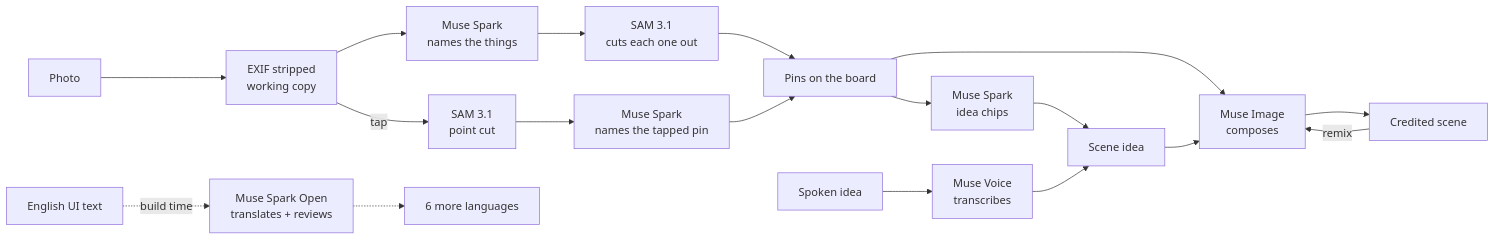
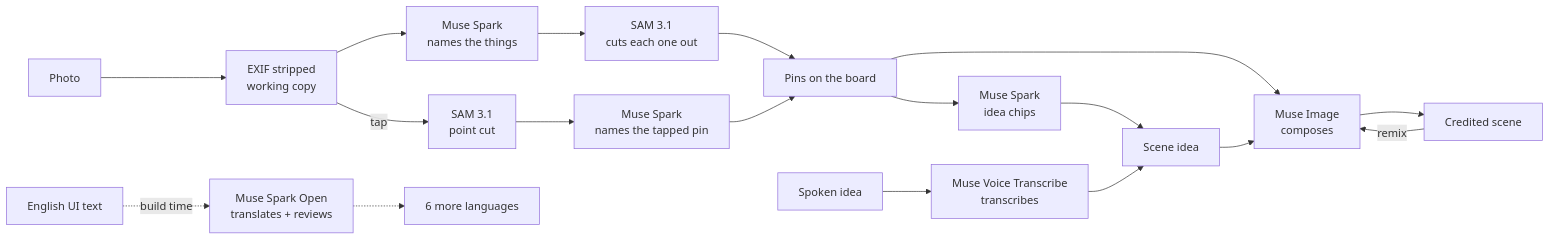
One commit to MoriaCrew/Pinned changed the first of 2 diagrams in README.md. Above: the diagram before and after it, drawn with Mermaid. The commit also changed other lines of this file and 128 other files, not shown here.

````diff
--- a/README.md
+++ b/README.md
@@ -66,20 +66,20 @@
 ```mermaid
 flowchart LR
   photo["Photo"] --> strip["EXIF stripped<br/>working copy"]
   strip --> name["Muse Spark<br/>names the things"]
   name --> cut["SAM 3.1<br/>cuts each one out"]
   cut --> pins["Pins on the board"]
   strip -->|tap| point["SAM 3.1<br/>point cut"]
   point --> tapname["Muse Spark<br/>names the tapped pin"]
   tapname --> pins
   pins --> chips["Muse Spark<br/>idea chips"]
-  voice["Spoken idea"] --> asr["Muse Voice<br/>transcribes"]
+  voice["Spoken idea"] --> asr["Muse Voice Transcribe<br/>transcribes"]
   chips --> idea["Scene idea"]
   asr --> idea
   pins --> compose["Muse Image<br/>composes"]
   idea --> compose
   compose --> scene["Credited scene"]
   scene -->|remix| compose
   entext["English UI text"] -.->|build time| sparkopen["Muse Spark Open<br/>translates + reviews"]
   sparkopen -.-> langs["6 more languages"]
 ```
````
